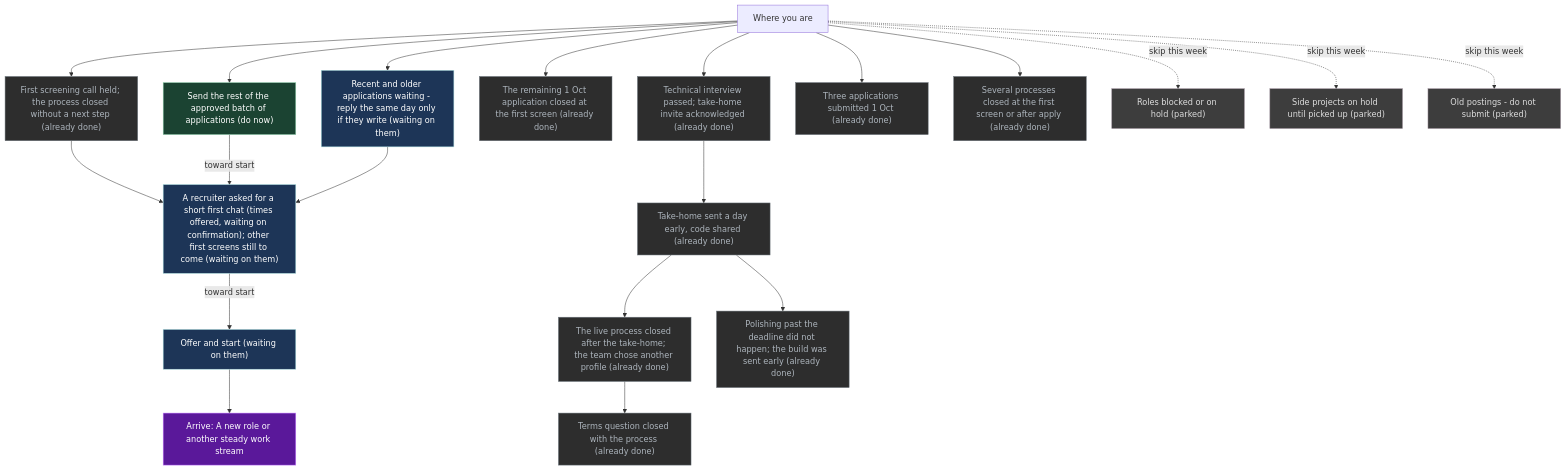
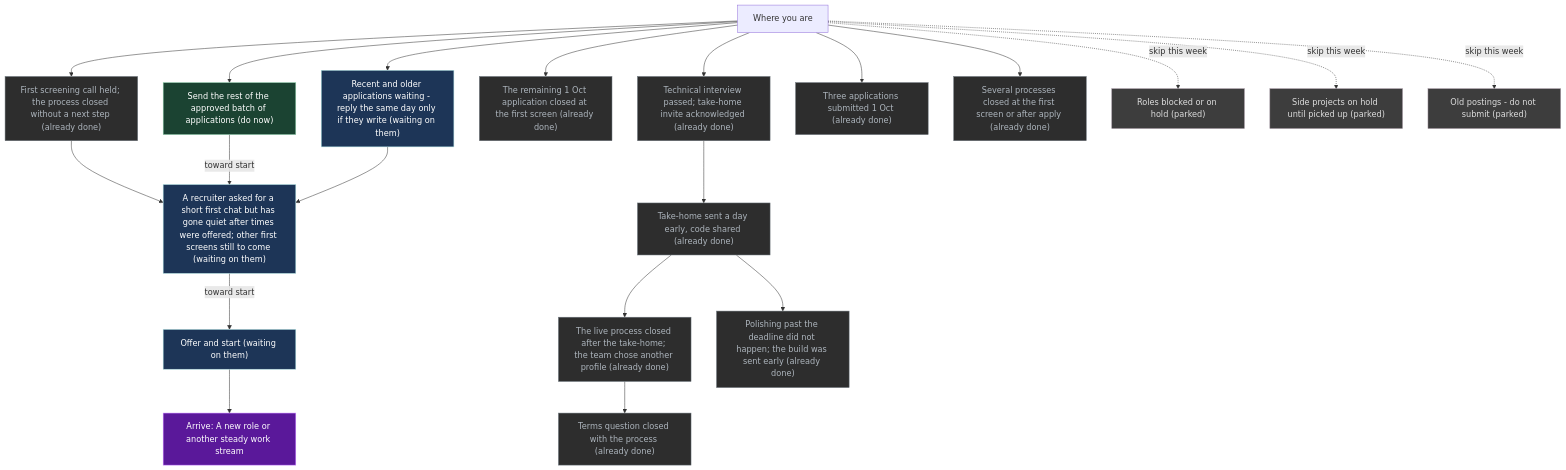
Before and after one commit to p10ns11y/life-os: the diagram in UI/Mission.md, drawn with Mermaid. The commit also changed other lines of this file, not shown here.

````diff
--- a/UI/Mission.md
+++ b/UI/Mission.md
@@ -71,50 +71,50 @@
 ```mermaid
 flowchart TB
   x["Where you are"]
   G["Arrive: A new role or another steady work stream"]
   S9["First screening call held; the process closed without a next step (already done)"]
   S0["Technical interview passed; take-home invite acknowledged (already done)"]
   S4["Take-home sent a day early, code shared (already done)"]
   S4b["The live process closed after the take-home; the team chose another profile (already done)"]
   S7["Send the rest of the approved batch of applications (do now)"]
-  S8["A recruiter asked for a short first chat (times offered, waiting on confirmation); other first screens still to come (waiting on them)"]
+  S8["A recruiter asked for a short first chat but has gone quiet after times were offered; other first screens still to come (waiting on them)"]
   S5["Offer and start (waiting on them)"]
   S6["The remaining 1 Oct application closed at the first screen (already done)"]
   S1["Recent and older applications waiting - reply the same day only if they write (waiting on them)"]
   R1["Terms question closed with the process (already done)"]
   R2["Polishing past the deadline did not happen; the build was sent early (already done)"]
   S3["Three applications submitted 1 Oct (already done)"]
   D1["Several processes closed at the first screen or after apply (already done)"]
   P1["Roles blocked or on hold (parked)"]
   P2["Side projects on hold until picked up (parked)"]
   P3["Old postings - do not submit (parked)"]
   x --> S9
   x --> S0
   S0 --> S4
   S4 --> S4b
   x --> S7
   S9 --> S8
   S7 -->|"toward start"| S8
   S1 --> S8
   S8 -->|"toward start"| S5
   x --> S6
   x --> S1
   S4b --> R1
   S4 --> R2
   x --> S3
   x --> D1
   x -.->|"skip this week"| P1
   x -.->|"skip this week"| P2
   x -.->|"skip this week"| P3
   S5 --> G
   classDef do fill:#1b4332,stroke:#95d5b2,color:#fff
   classDef wait fill:#1d3557,stroke:#a8dadc,color:#fff
   classDef park fill:#3d3d3d,stroke:#9a8c98,color:#ddd
   classDef done fill:#2d2d2d,stroke:#6c757d,color:#adb5bd
   classDef goal fill:#5a189a,stroke:#c77dff,color:#fff
   class G goal
   class S7 do
   class S8,S5,S1 wait
   class P1,P2,P3 park
   class S9,S0,S4,S4b,S6,R1,R2,S3,D1 done
 ```
````
